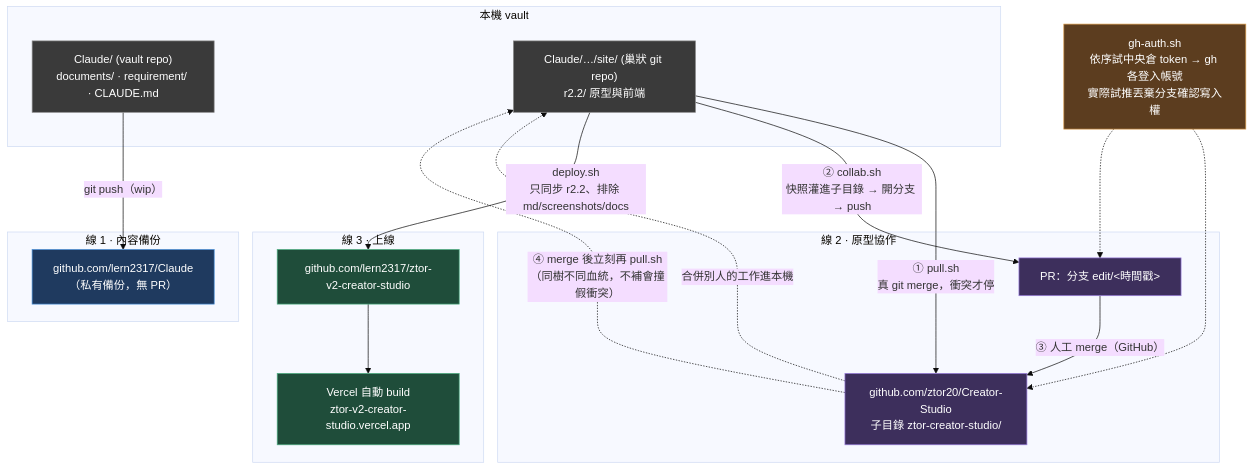
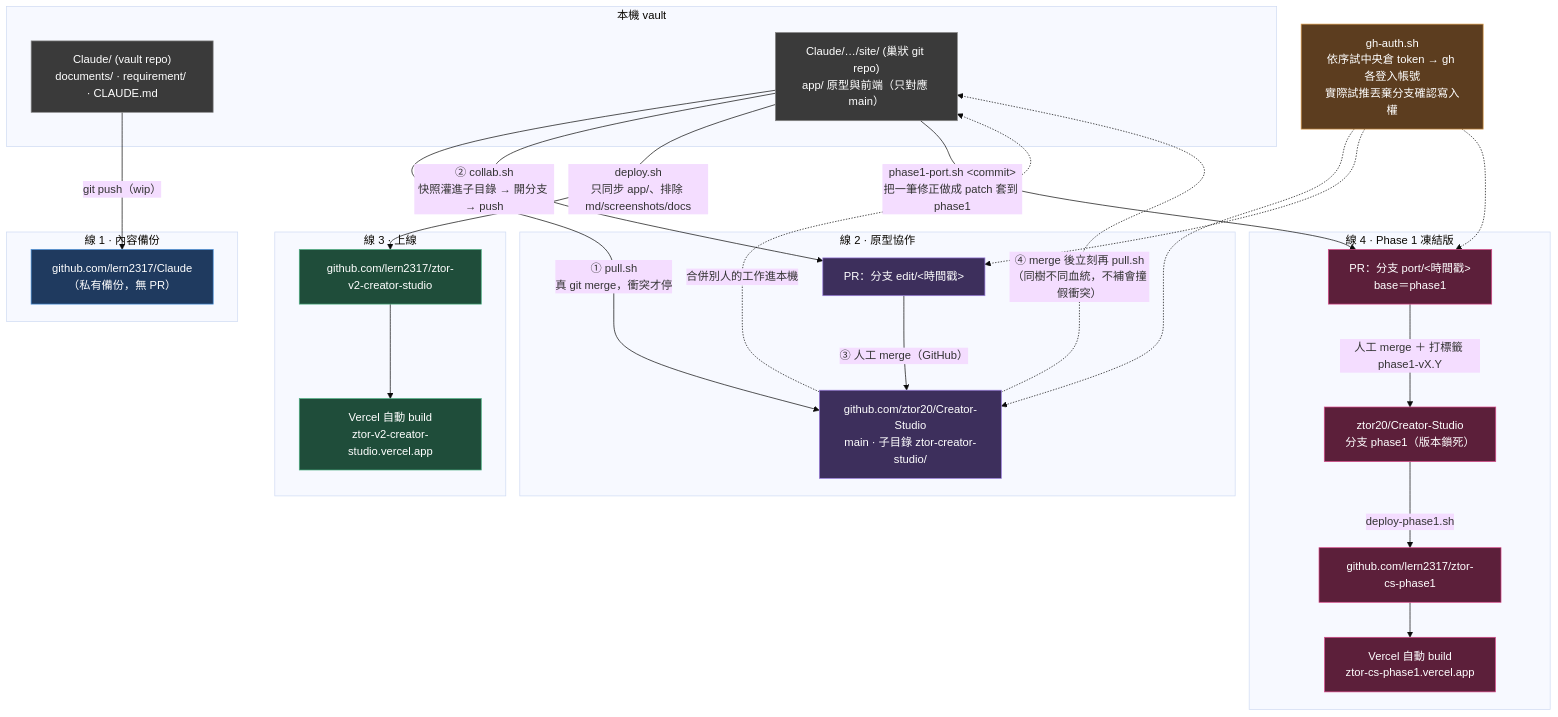
One commit to ztor20/Creator-Studio changed the diagram in ztor-creator-studio/WORKFLOW-DIAGRAM.md. Above: the diagram before and after it, drawn with Mermaid (base theme). The commit also changed other lines of this file and 4 other files, not shown here.

Commit message:
流程文件與清理腳本更新：WORKFLOW.md／WORKFLOW-DIAGRAM.md 改寫為 app/＋Phase 1 凍結分支流程；CLAUDE.md／AGENTS.md 補 phase1 修正流程；cleanup.sh 一併清 port/ 分支、認證改走 gh-auth.sh

````diff
--- a/ztor-creator-studio/WORKFLOW-DIAGRAM.md
+++ b/ztor-creator-studio/WORKFLOW-DIAGRAM.md
@@ -7,46 +7,60 @@
 ```mermaid
 flowchart TB
     subgraph LOCAL["本機 vault"]
         VAULT["Claude/ (vault repo)<br/>documents/ · requirement/ · CLAUDE.md"]
-        SITE["Claude/…/site/ (巢狀 git repo)<br/>r2.2/ 原型與前端"]
+        SITE["Claude/…/site/ (巢狀 git repo)<br/>app/ 原型與前端（只對應 main）"]
     end
 
     AUTH["gh-auth.sh<br/>依序試中央倉 token → gh 各登入帳號<br/>實際試推丟棄分支確認寫入權"]
 
     subgraph L1["線 1 · 內容備份"]
         GH1["github.com/lern2317/Claude<br/>（私有備份，無 PR）"]
     end
 
     subgraph L2["線 2 · 原型協作"]
-        MONO["github.com/ztor20/Creator-Studio<br/>子目錄 ztor-creator-studio/"]
+        MONO["github.com/ztor20/Creator-Studio<br/>main · 子目錄 ztor-creator-studio/"]
         PR["PR：分支 edit/&lt;時間戳&gt;"]
+    end
+
+    subgraph L4["線 4 · Phase 1 凍結版"]
+        P1["ztor20/Creator-Studio<br/>分支 phase1（版本鎖死）"]
+        PPR["PR：分支 port/&lt;時間戳&gt;<br/>base＝phase1"]
+        P1REPO["github.com/lern2317/ztor-cs-phase1"]
+        P1VERCEL["Vercel 自動 build<br/>ztor-cs-phase1.vercel.app"]
     end
 
     subgraph L3["線 3 · 上線"]
         DREPO["github.com/lern2317/ztor-v2-creator-studio"]
         VERCEL["Vercel 自動 build<br/>ztor-v2-creator-studio.vercel.app"]
     end
 
     VAULT -->|"git push（wip）"| GH1
     SITE -->|"① pull.sh<br/>真 git merge，衝突才停"| MONO
     MONO -.->|"合併別人的工作進本機"| SITE
     SITE -->|"② collab.sh<br/>快照灌進子目錄 → 開分支 → push"| PR
     PR -->|"③ 人工 merge（GitHub）"| MONO
     MONO -.->|"④ merge 後立刻再 pull.sh<br/>（同樹不同血統，不補會撞假衝突）"| SITE
-    SITE -->|"deploy.sh<br/>只同步 r2.2、排除 md/screenshots/docs"| DREPO
+    SITE -->|"deploy.sh<br/>只同步 app/、排除 md/screenshots/docs"| DREPO
     DREPO --> VERCEL
+    SITE -->|"phase1-port.sh &lt;commit&gt;<br/>把一筆修正做成 patch 套到 phase1"| PPR
+    PPR -->|"人工 merge ＋ 打標籤 phase1-vX.Y"| P1
+    P1 -->|"deploy-phase1.sh"| P1REPO
+    P1REPO --> P1VERCEL
 
     AUTH -.-> MONO
     AUTH -.-> PR
+    AUTH -.-> PPR
 
     classDef line1 fill:#1f3a5f,stroke:#4a90d9,color:#fff
     classDef line2 fill:#3d2f5c,stroke:#9b7ede,color:#fff
     classDef line3 fill:#1f4d3a,stroke:#4caf82,color:#fff
     classDef local fill:#3a3a3a,stroke:#888,color:#fff
     classDef auth fill:#5c3d1f,stroke:#d99a4a,color:#fff
+    classDef line4 fill:#5c1f3a,stroke:#d94a8a,color:#fff
     class GH1 line1
     class MONO,PR line2
     class DREPO,VERCEL line3
     class VAULT,SITE local
     class AUTH auth
+    class P1,PPR,P1REPO,P1VERCEL line4
 ```
````
